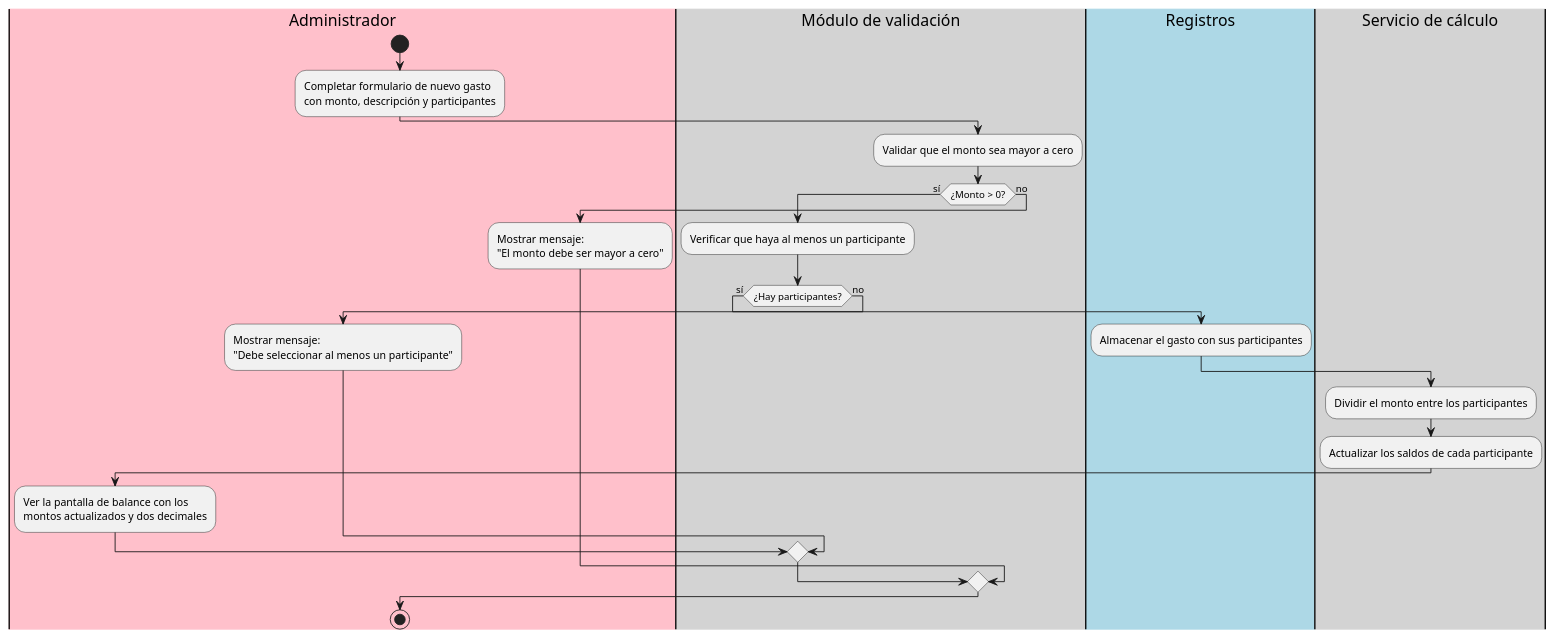
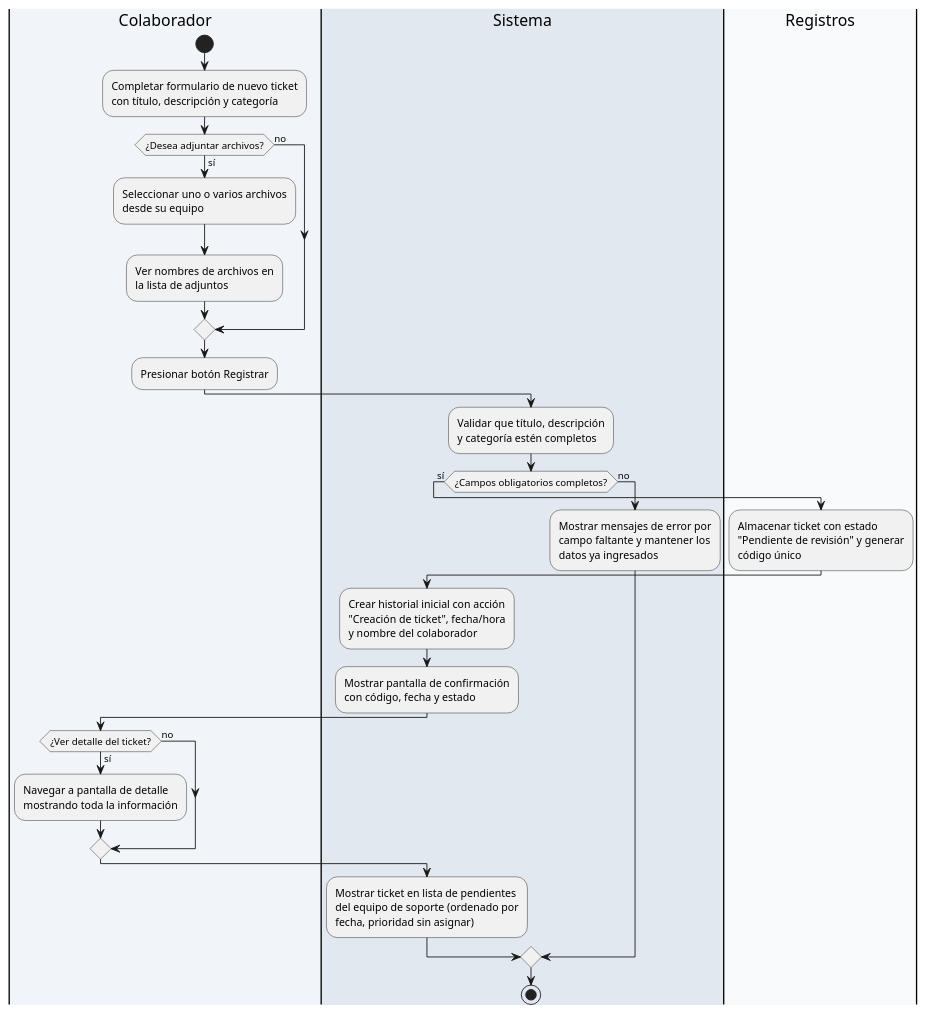
The diagram in backend/src/kosmo/domain/sdd/few_shot/modelo_example.md (CesarPantoja1/KOSMO), drawn with PlantUML before and after one commit. The commit also changed 3 other files, not shown here.

Commit message:
chore: ajuste colores diagramas

```diff
--- a/backend/src/kosmo/domain/sdd/few_shot/modelo_example.md
+++ b/backend/src/kosmo/domain/sdd/few_shot/modelo_example.md
@@ -1,28 +1,44 @@
 @startuml
-|#pink|Administrador|
+|#f1f5f9|Colaborador|
 start
-:Completar formulario de nuevo gasto
-con monto, descripción y participantes;
-|#lightgray|Módulo de validación|
-:Validar que el monto sea mayor a cero;
-if (¿Monto > 0?) is (sí) then
-  :Verificar que haya al menos un participante;
-  if (¿Hay participantes?) is (sí) then
-    |#lightblue|Registros|
-    :Almacenar el gasto con sus participantes;
-    |#lightgray|Servicio de cálculo|
-    :Dividir el monto entre los participantes;
-    :Actualizar los saldos de cada participante;
-    |#pink|Administrador|
-    :Ver la pantalla de balance con los
-    montos actualizados y dos decimales;
+:Completar formulario de nuevo ticket
+con título, descripción y categoría;
+if (¿Desea adjuntar archivos?) is (sí) then
+  :Seleccionar uno o varios archivos
+desde su equipo;
+  :Ver nombres de archivos en
+la lista de adjuntos;
+else (no)
+endif
+:Presionar botón Registrar;
+|#e2e8f0|Sistema|
+:Validar que título, descripción
+y categoría estén completos;
+if (¿Campos obligatorios completos?) is (sí) then
+  |#f8fafc|Registros|
+  :Almacenar ticket con estado
+"Pendiente de revisión" y generar
+código único;
+  |#e2e8f0|Sistema|
+  :Crear historial inicial con acción
+"Creación de ticket", fecha/hora
+y nombre del colaborador;
+  :Mostrar pantalla de confirmación
+con código, fecha y estado;
+  |#f1f5f9|Colaborador|
+  if (¿Ver detalle del ticket?) is (sí) then
+    :Navegar a pantalla de detalle
+mostrando toda la información;
   else (no)
-    :Mostrar mensaje:
-    "Debe seleccionar al menos un participante";
   endif
+  |#e2e8f0|Sistema|
+  :Mostrar ticket en lista de pendientes
+del equipo de soporte (ordenado por
+fecha, prioridad sin asignar);
 else (no)
-  :Mostrar mensaje:
-  "El monto debe ser mayor a cero";
+  :Mostrar mensajes de error por
+campo faltante y mantener los
+datos ya ingresados;
 endif
 stop
 @enduml
```
